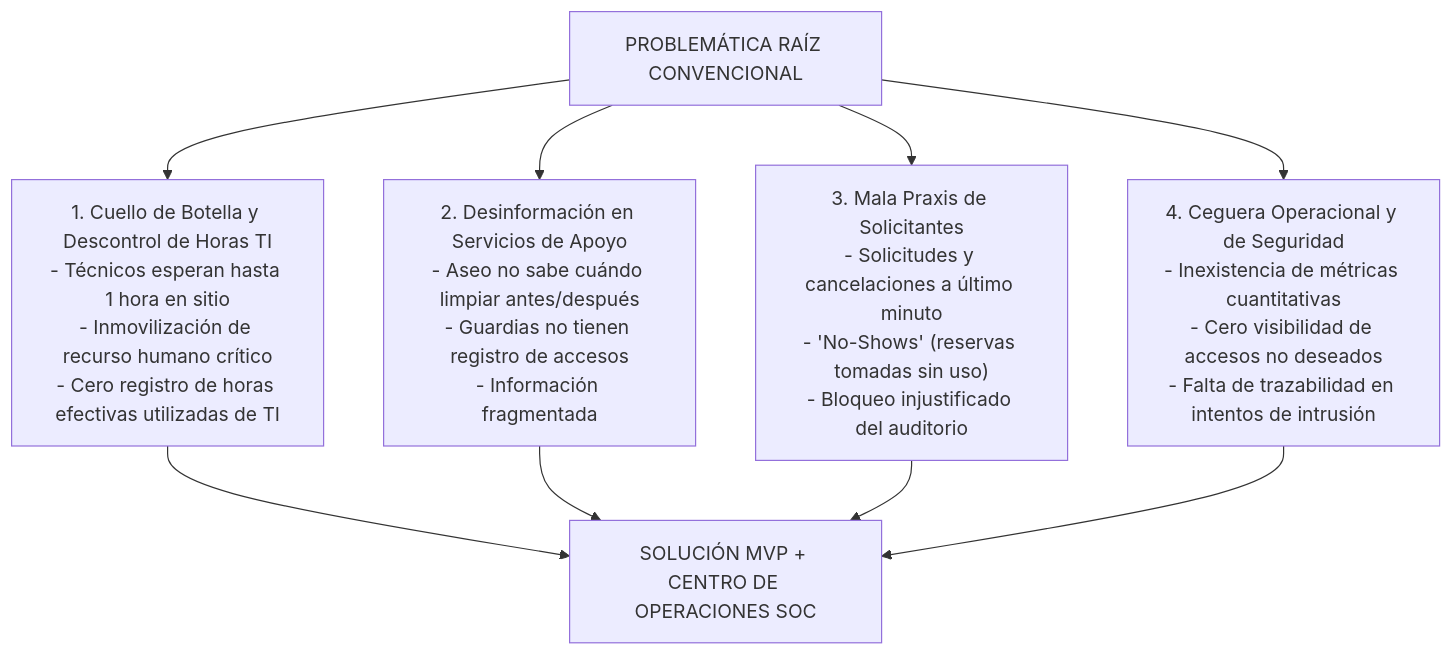
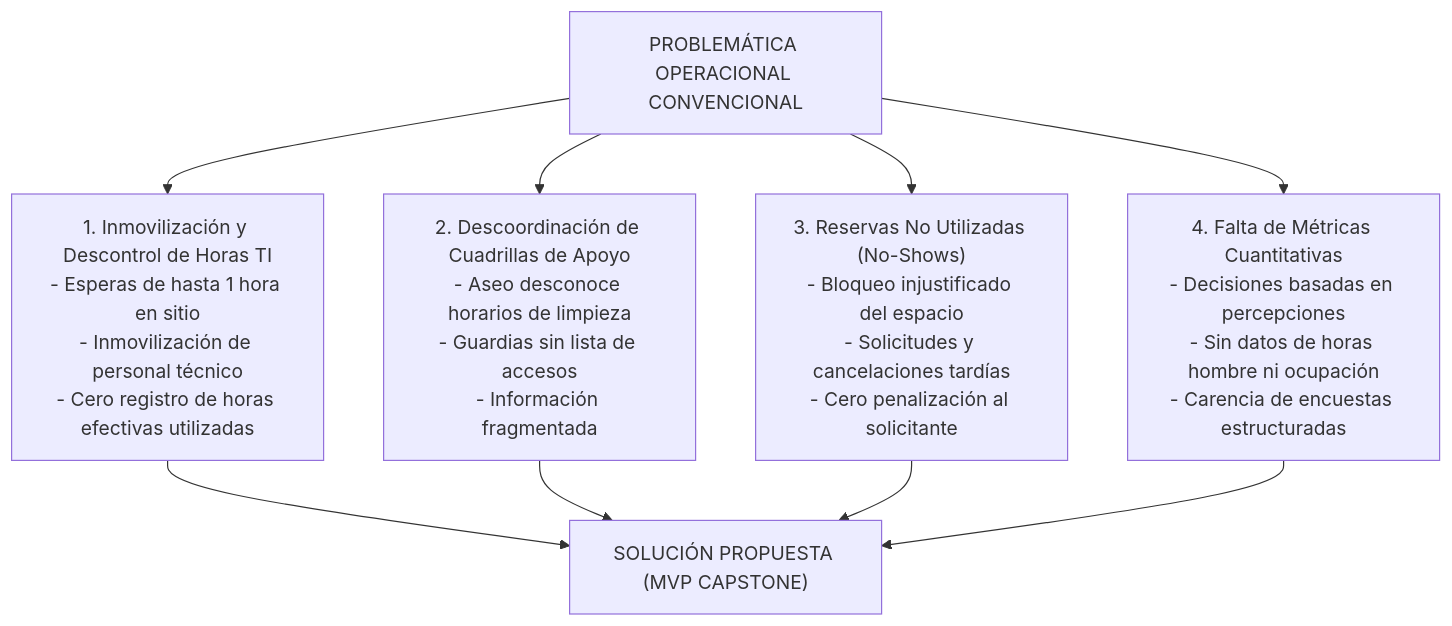
Before and after one commit to IMANDOI/sistema-gestion-auditorios-capstone: the third of 12 diagrams in informe_fase_1_definicion_proyecto.md, drawn with Mermaid. The commit also changed other lines of this file, not shown here.

Commit message:
docs(capstone): estandarizar a Proyecto Capstone y refinar alcance de ingenieria (informe_fase_1_definicion_proyecto.md)

````diff
--- a/informe_fase_1_definicion_proyecto.md
+++ b/informe_fase_1_definicion_proyecto.md
@@ -129,14 +128,14 @@
 ```mermaid
 graph TD
-    P[PROBLEMÁTICA RAÍZ CONVENCIONAL]
+    P[PROBLEMÁTICA OPERACIONAL CONVENCIONAL]
     
-    P --> P1["1. Cuello de Botella y Descontrol de Horas TI<br>- Técnicos esperan hasta 1 hora en sitio<br>- Inmovilización de recurso humano crítico<br>- Cero registro de horas efectivas utilizadas de TI"]
-    P --> P2["2. Desinformación en Servicios de Apoyo<br>- Aseo no sabe cuándo limpiar antes/después<br>- Guardias no tienen registro de accesos<br>- Información fragmentada"]
-    P --> P3["3. Mala Praxis de Solicitantes<br>- Solicitudes y cancelaciones a último minuto<br>- 'No-Shows' (reservas tomadas sin uso)<br>- Bloqueo injustificado del auditorio"]
-    P --> P4["4. Ceguera Operacional y de Seguridad<br>- Inexistencia de métricas cuantitativas<br>- Cero visibilidad de accesos no deseados<br>- Falta de trazabilidad en intentos de intrusión"]
+    P --> P1["1. Inmovilización y Descontrol de Horas TI<br>- Esperas de hasta 1 hora en sitio<br>- Inmovilización de personal técnico<br>- Cero registro de horas efectivas utilizadas"]
+    P --> P2["2. Descoordinación de Cuadrillas de Apoyo<br>- Aseo desconoce horarios de limpieza<br>- Guardias sin lista de accesos<br>- Información fragmentada"]
+    P --> P3["3. Reservas No Utilizadas (No-Shows)<br>- Bloqueo injustificado del espacio<br>- Solicitudes y cancelaciones tardías<br>- Cero penalización al solicitante"]
+    P --> P4["4. Falta de Métricas Cuantitativas<br>- Decisiones basadas en percepciones<br>- Sin datos de horas hombre ni ocupación<br>- Carencia de encuestas estructuradas"]
 
-    P1 --> S["SOLUCIÓN MVP + CENTRO DE OPERACIONES SOC"]
+    P1 --> S["SOLUCIÓN PROPUESTA (MVP CAPSTONE)"]
     P2 --> S
     P3 --> S
     P4 --> S
 ```
````
